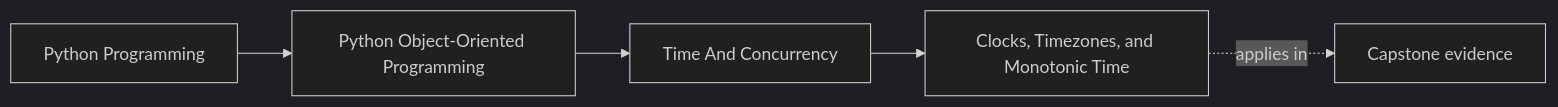
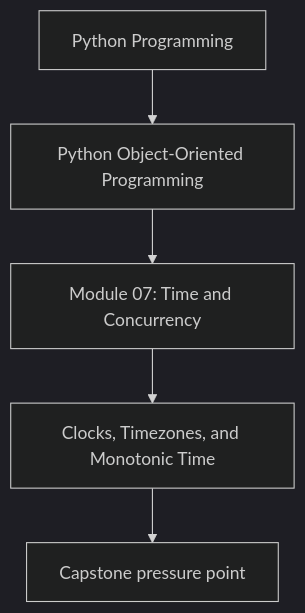
Before and after one commit to bijux/bijux-masterclass: the first of 2 diagrams in programs/python-programming/python-object-oriented-programming/course-book/module-07-time-and-concurrency/clocks-timezones-and-monotonic-time.md, drawn with Mermaid (dark theme). The commit also changed other lines of this file and 107 other files, not shown here.

Commit message:
docs(python-object-oriented-programming): align concept page diagrams

````diff
--- a/programs/python-programming/python-object-oriented-programming/course-book/module-07-time-and-concurrency/clocks-timezones-and-monotonic-time.md
+++ b/programs/python-programming/python-object-oriented-programming/course-book/module-07-time-and-concurrency/clocks-timezones-and-monotonic-time.md
@@ -7,11 +7,7 @@
 ```mermaid
-graph LR
-  family["Python Programming"]
-  program["Python Object-Oriented Programming"]
-  section["Time And Concurrency"]
-  page["Clocks, Timezones, and Monotonic Time"]
-  capstone["Capstone evidence"]
-
-  family --> program --> section --> page
-  page -.applies in.-> capstone
+flowchart TD
+  family["Python Programming"] --> program["Python Object-Oriented Programming"]
+  program --> module["Module 07: Time and Concurrency"]
+  module --> concept["Clocks, Timezones, and Monotonic Time"]
+  concept --> capstone["Capstone pressure point"]
 ```
````
